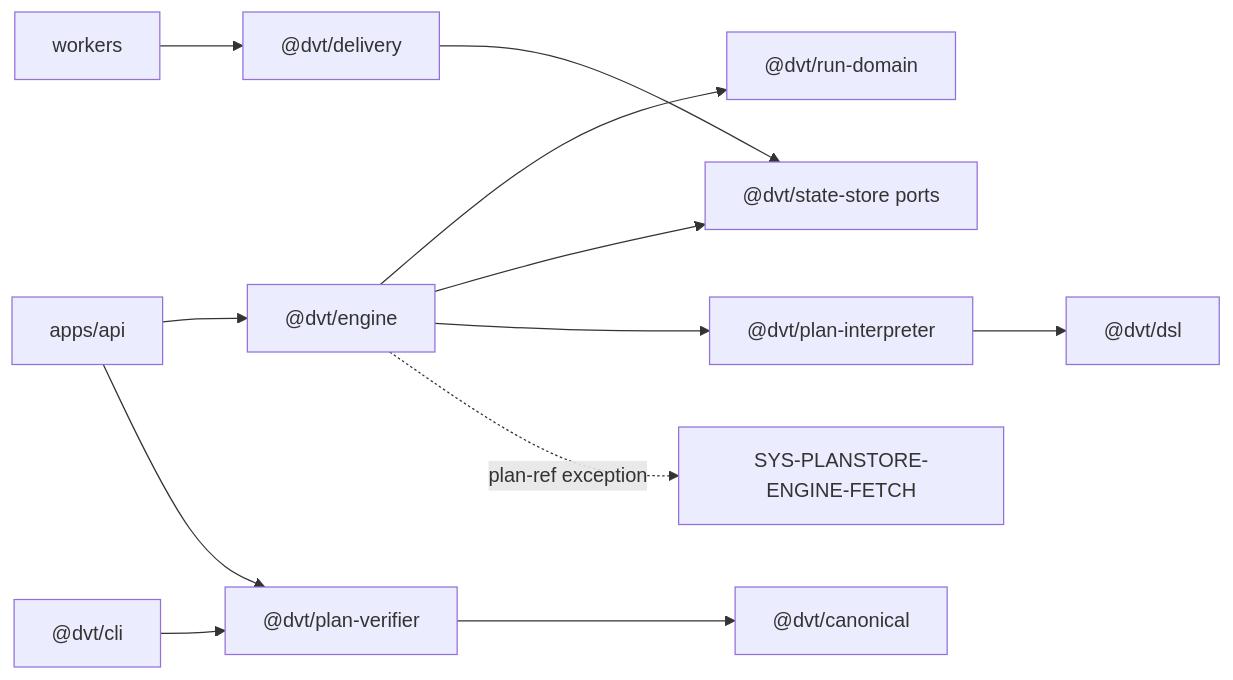
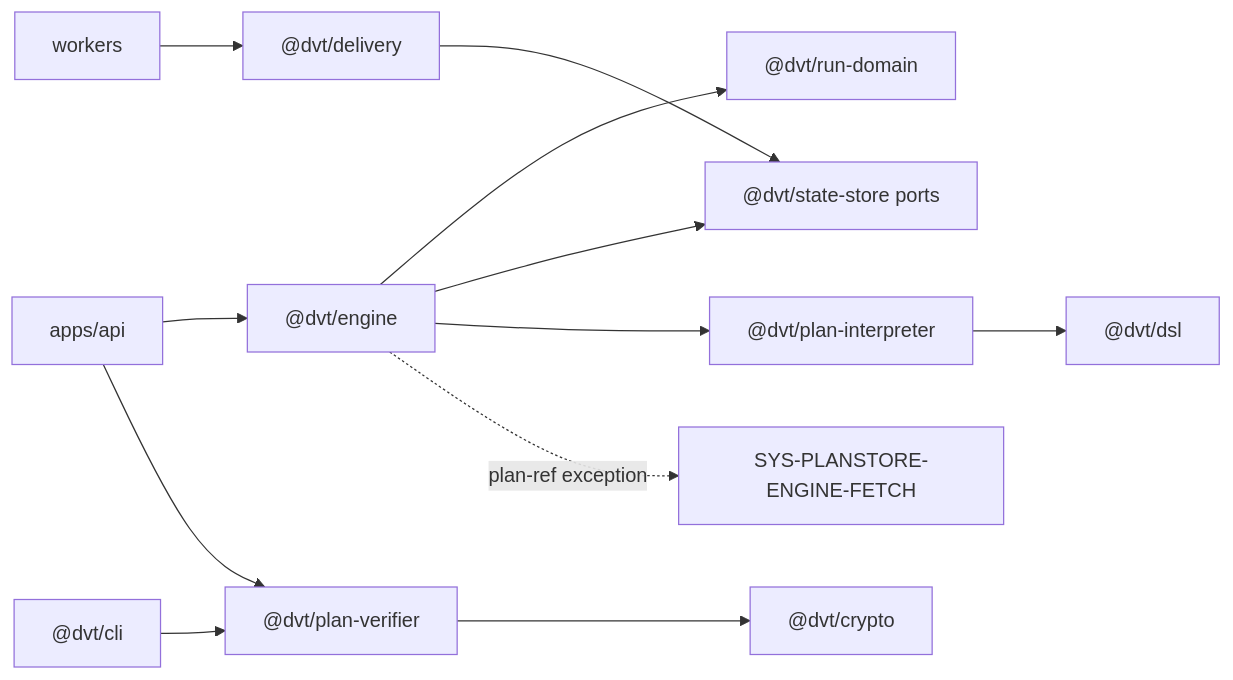
Before and after one commit to dunay2/dvt: the second of 2 diagrams in docs/architecture/system/subsystems/runtime/runtime-root-subdivision-component.md, drawn with Mermaid. The commit also changed 51 other files, not shown here.

````diff
--- a/docs/architecture/system/subsystems/runtime/runtime-root-subdivision-component.md
+++ b/docs/architecture/system/subsystems/runtime/runtime-root-subdivision-component.md
@@ -65,14 +65,14 @@
 ```mermaid
 flowchart LR
   Api["apps/api"] --> Engine["@dvt/engine"]
   Worker["workers"] --> Delivery["@dvt/delivery"]
   Engine --> RunDomain["@dvt/run-domain"]
   Engine --> StatePort["@dvt/state-store ports"]
   Delivery --> StatePort
   Engine --> Interpreter["@dvt/plan-interpreter"]
   Api --> Verifier["@dvt/plan-verifier"]
   Interpreter --> Dsl["@dvt/dsl"]
-  Verifier --> Canonical["@dvt/canonical"]
+  Verifier --> Canonical["@dvt/crypto"]
   Cli["@dvt/cli"] --> Verifier
   Engine -. plan-ref exception .-> PlanStore["SYS-PLANSTORE-ENGINE-FETCH"]
 ```
````
